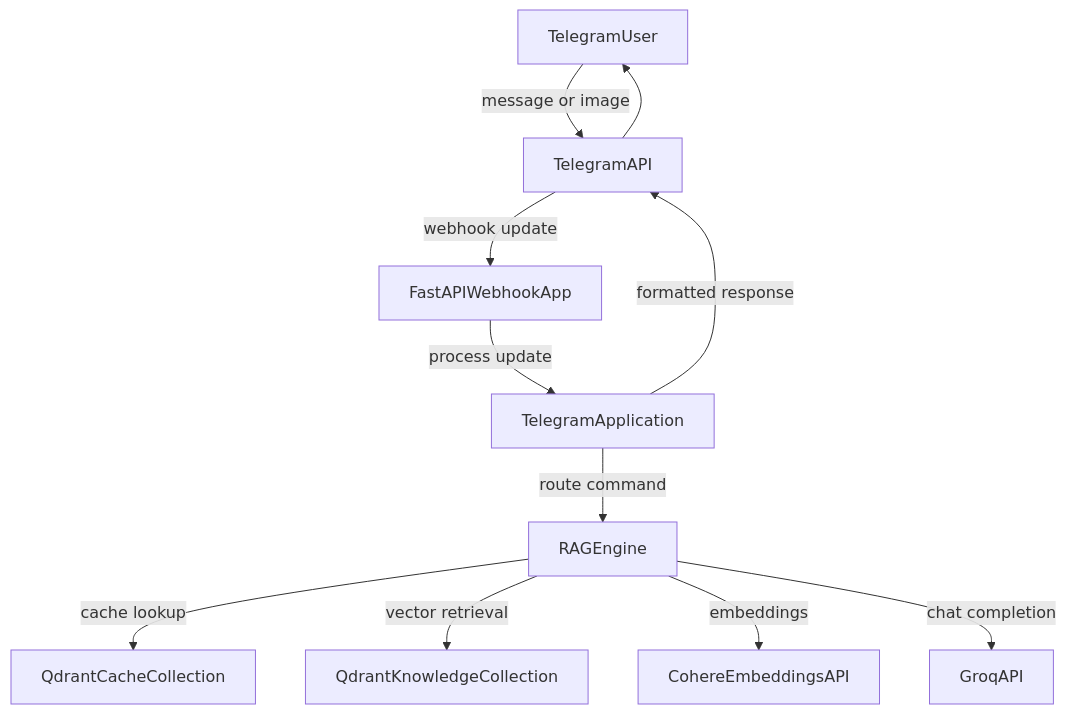
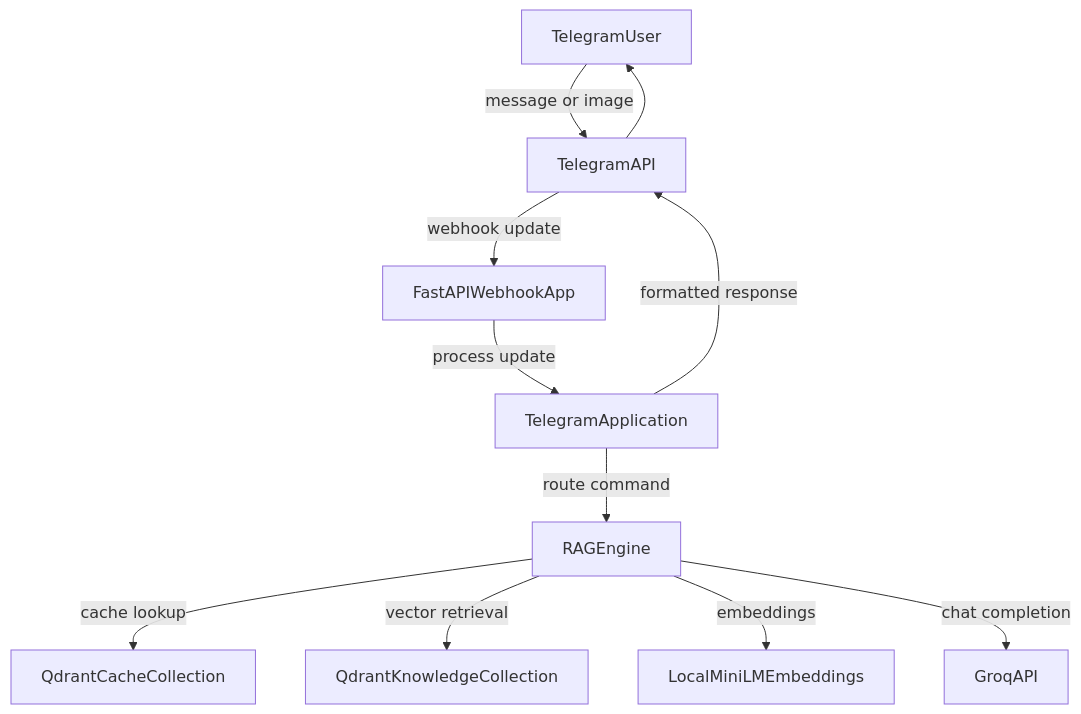
One commit to soumyadeep-git/Avivo changed the first of 2 diagrams in README.md. Above: the diagram before and after it, drawn with Mermaid. The commit also changed other lines of this file and 6 other files, not shown here.

Commit message:
feat(deploy): restore local MiniLM retrieval for container hosting

````diff
--- a/README.md
+++ b/README.md
@@ -18,13 +18,13 @@
 ```mermaid
 flowchart TD
     User[TelegramUser] -->|"message or image"| Telegram[TelegramAPI]
     Telegram -->|"webhook update"| FastAPI[FastAPIWebhookApp]
     FastAPI -->|"process update"| Bot[TelegramApplication]
     Bot -->|"route command"| RAG[RAGEngine]
     RAG -->|"cache lookup"| Cache[QdrantCacheCollection]
     RAG -->|"vector retrieval"| KB[QdrantKnowledgeCollection]
-    RAG -->|"embeddings"| Cohere[CohereEmbeddingsAPI]
+    RAG -->|"embeddings"| MiniLM[LocalMiniLMEmbeddings]
     RAG -->|"chat completion"| Groq[GroqAPI]
     Bot -->|"formatted response"| Telegram
     Telegram --> User
 ```
````
